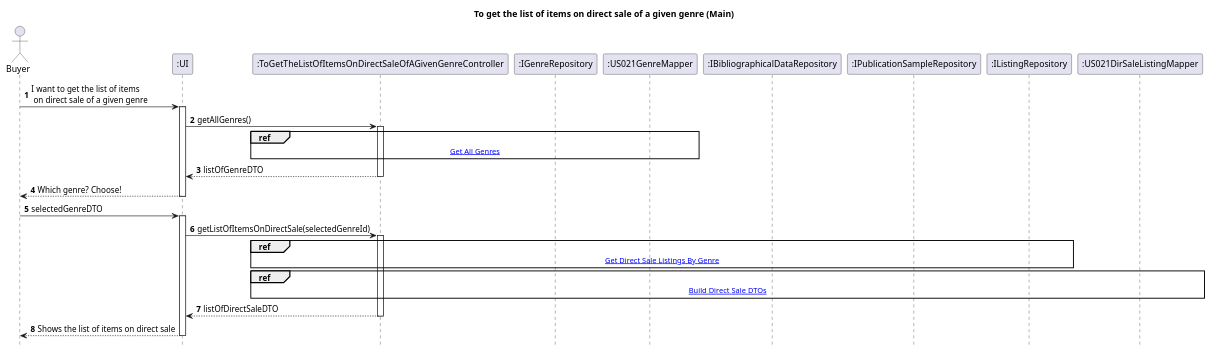
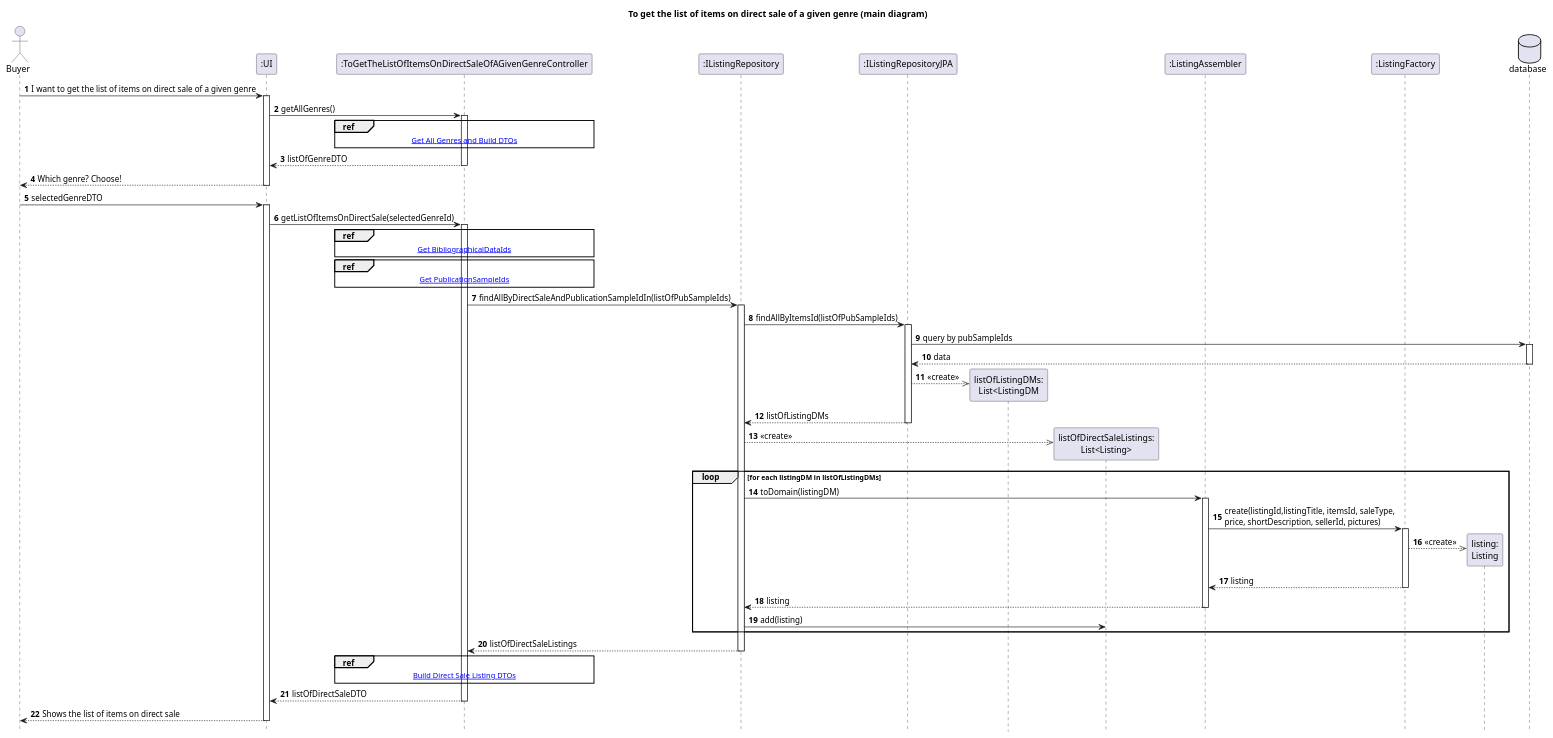
Before and after one commit to AndrePereiraGitH/SWitCH-Project-Team_A: the diagram in Diagrams/SequenceDiagrams/N2/To-get-the-list-of-items-on-direct-sale-of-a-given-genre/1.MainDiagram.puml, drawn with PlantUML. The commit also changed 7 other files, not shown here.

Commit message:
docs #784: feature To-get-the-list-of-items-on-ds-of-a-given-genre - updated CD and SD to reflect persistence layer @RodrigoSPTD

```diff
--- a/Diagrams/SequenceDiagrams/N2/To-get-the-list-of-items-on-direct-sale-of-a-given-genre/1.MainDiagram.puml
+++ b/Diagrams/SequenceDiagrams/N2/To-get-the-list-of-items-on-direct-sale-of-a-given-genre/1.MainDiagram.puml
@@ -1,52 +1,95 @@
 @startuml
 hide footbox
 autonumber
-title To get the list of items on direct sale of a given genre (Main)
+title To get the list of items on direct sale of a given genre (main diagram)
 
 actor Buyer
+
+' Participants
 participant ":UI" as UI
 participant ":ToGetTheListOfItemsOnDirectSaleOfAGivenGenreController" as Ctrl
-participant ":IGenreRepository" as IGenreRepo
-participant ":US021GenreMapper" as GenreMapper
-participant ":IBibliographicalDataRepository" as IBDRepo
-participant ":IPublicationSampleRepository" as IPSRepo
+
+' Listing
 participant ":IListingRepository" as IListingRepo
-participant ":US021DirSaleListingMapper" as Mapper
+participant ":IListingRepositoryJPA" as IListingRepoJPA
+participant "listOfListingDMs:\nList<ListingDM" as listOfListingDMs
+participant "listOfDirectSaleListings:\nList<Listing>" as listListings
+participant ":ListingAssembler" as ListAss
+participant ":ListingFactory" as ListFact
+participant "listing:\nListing" as Listing
 
-Buyer -> UI : I want to get the list of items\n on direct sale of a given genre
+database "database" as DB
+
+' Section 1 - Get all genres
+Buyer -> UI : I want to get the list of items on direct sale of a given genre
 activate UI
 
 UI -> Ctrl : getAllGenres()
 activate Ctrl
 
-ref over Ctrl, GenreMapper
-[[2.GetAllGenres.puml Get All Genres]]
+ref over Ctrl
+[[2.GetAllGenres.puml Get All Genres and Build DTOs]]
 end ref
 
 Ctrl --> UI : listOfGenreDTO
 deactivate Ctrl
 
 UI --> Buyer : Which genre? Choose!
 deactivate UI
 
+' Section 2 - Get list of bibliographicalDataIds for that genreId
 Buyer -> UI : selectedGenreDTO
 activate UI
-
 UI -> Ctrl : getListOfItemsOnDirectSale(selectedGenreId)
 activate Ctrl
 
-ref over Ctrl, IBDRepo, IPSRepo, IListingRepo
-[[3.GetDirectSaleListingsByGenre.puml Get Direct Sale Listings By Genre]]
+ref over Ctrl
+[[3.GetBibliographicalDataIdByGenreId.puml Get BibliographicalDataIds]]
 end ref
 
-ref over Ctrl, Mapper
-[[4.BuildDirectSaleDTOs.puml Build Direct Sale DTOs]]
+' Section 3 - Get list of PublicationSampleIds for that list of BibliographicalDataIds
+
+ref over Ctrl
+[[4.GetPublicationSampleIdByBibliographicalDataIdIn.puml Get PublicationSampleIds]]
+end ref
+
+' Section 4 - Get list of Listings for that list of PublicationSampleIds
+Ctrl -> IListingRepo : findAllByDirectSaleAndPublicationSampleIdIn(listOfPubSampleIds)
+activate IListingRepo
+IListingRepo -> IListingRepoJPA: findAllByItemsId(listOfPubSampleIds)
+activate IListingRepoJPA
+IListingRepoJPA -> DB: query by pubSampleIds
+activate DB
+DB --> IListingRepoJPA: data
+deactivate DB
+IListingRepoJPA -->> listOfListingDMs** : «create»
+IListingRepoJPA --> IListingRepo: listOfListingDMs
+deactivate IListingRepoJPA
+IListingRepo -->> listListings ** : «create»
+loop for each listingDM in listOfListingDMs
+    IListingRepo -> ListAss: toDomain(listingDM)
+    activate ListAss
+    ListAss -> ListFact: create(listingId,listingTitle, itemsId, saleType,\nprice, shortDescription, sellerId, pictures)
+    activate ListFact
+    ListFact -->> Listing**: «create»
+    ListFact --> ListAss: listing
+    deactivate ListFact
+    ListAss --> IListingRepo: listing
+    deactivate ListAss
+    IListingRepo -> listListings: add(listing)
+end
+IListingRepo --> Ctrl : listOfDirectSaleListings
+deactivate IListingRepo
+
+' Section 5 - Convert Listings to DTOs
+
+ref over Ctrl
+[[5.BuildDirectSaleListingDTOs.puml Build Direct Sale Listing DTOs]]
 end ref
 
 Ctrl --> UI : listOfDirectSaleDTO
 deactivate Ctrl
-
 UI --> Buyer : Shows the list of items on direct sale
 deactivate UI
 
 @enduml
```
